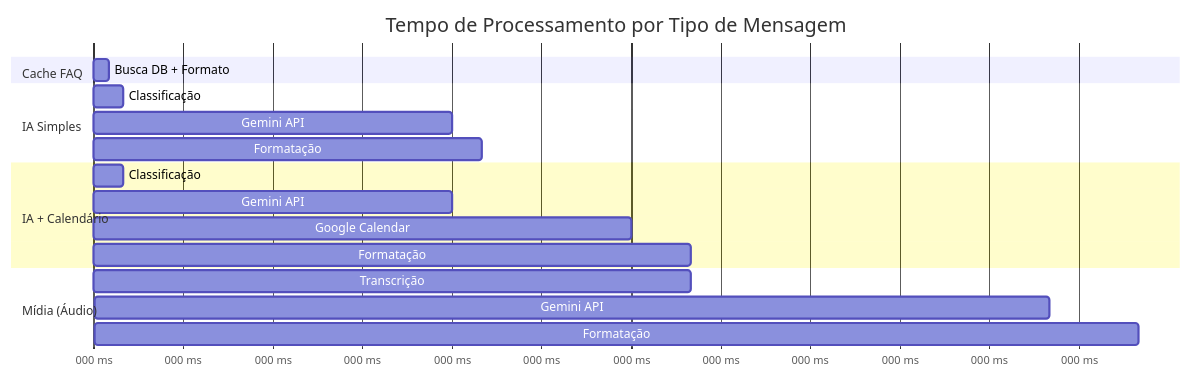
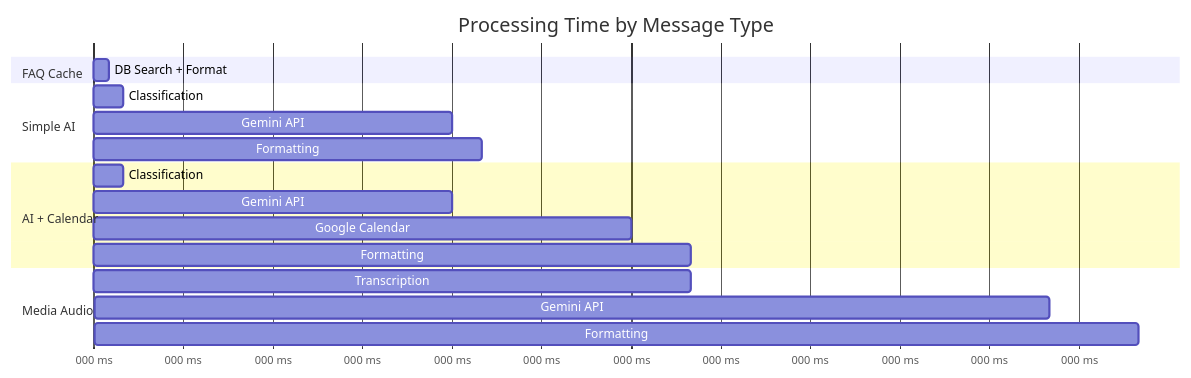
One commit to RenanLisboa8/n8n-clinic-multiagent changed diagram 15 of 18 in docs/ARCHITECTURE.md. Above: the diagram before and after it, drawn with Mermaid. The commit also changed other lines of this file and 4 other files, not shown here.

First line of the commit message:
Update documentation and diagrams for improved clarity and accessibility

````diff
--- a/docs/ARCHITECTURE.md
+++ b/docs/ARCHITECTURE.md
@@ -700,25 +717,25 @@
 ```mermaid
 gantt
-    title Tempo de Processamento por Tipo de Mensagem
+    title Processing Time by Message Type
     dateFormat X
     axisFormat %L ms
     
-    section Cache FAQ
-    Busca DB + Formato    :0, 50
+    section FAQ Cache
+    DB Search + Format   :0, 50
     
-    section IA Simples
-    Classificação         :0, 100
-    Gemini API           :100, 1200
-    Formatação           :1200, 1300
+    section Simple AI
+    Classification       :0, 100
+    Gemini API          :100, 1200
+    Formatting          :1200, 1300
     
-    section IA + Calendário
-    Classificação         :0, 100
-    Gemini API           :100, 1200
-    Google Calendar      :1200, 1800
-    Formatação           :1800, 2000
+    section AI + Calendar
+    Classification       :0, 100
+    Gemini API          :100, 1200
+    Google Calendar     :1200, 1800
+    Formatting          :1800, 2000
     
-    section Mídia (Áudio)
-    Transcrição          :0, 2000
-    Gemini API          :2000, 3200
-    Formatação          :3200, 3500
+    section Media Audio
+    Transcription       :0, 2000
+    Gemini API         :2000, 3200
+    Formatting         :3200, 3500
 ```
````
